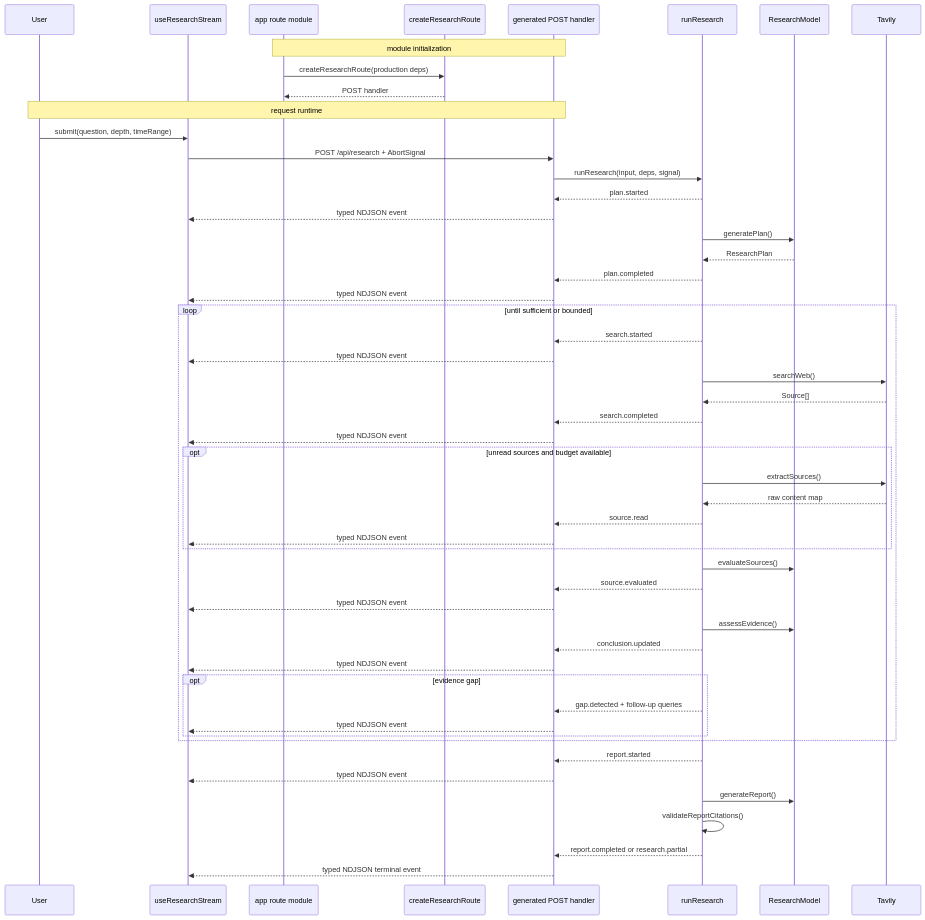
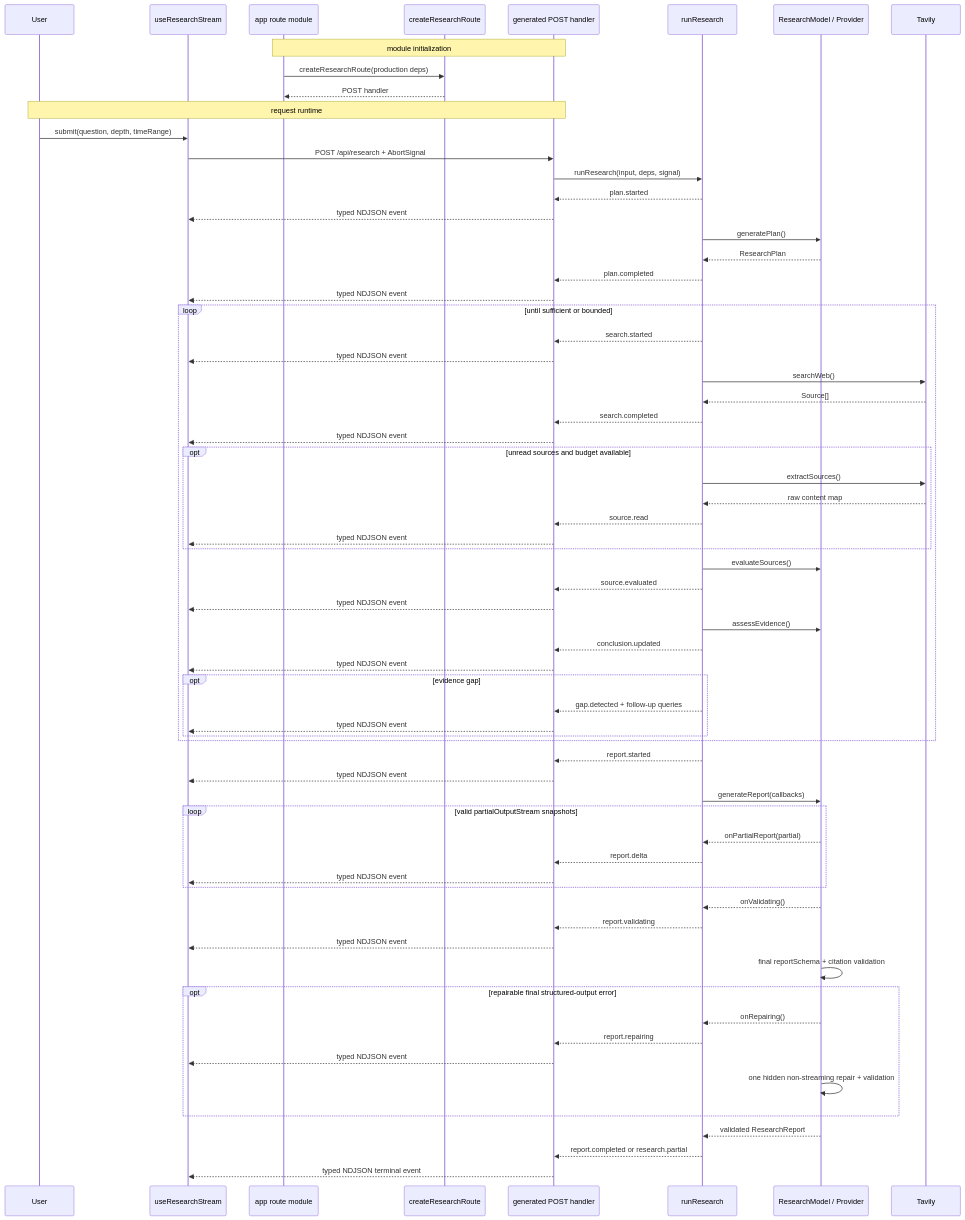
One commit to nightsu/research-agent-demo changed the second of 3 diagrams in docs/architecture.md. Above: the diagram before and after it, drawn with Mermaid. The commit also changed other lines of this file and 1 other file, not shown here.

Commit message:
docs: align live streaming evidence

````diff
--- a/docs/architecture.md
+++ b/docs/architecture.md
@@ -68,55 +68,70 @@
 ```mermaid
 sequenceDiagram
     participant U as User
     participant H as useResearchStream
     participant W as app route module
     participant F as createResearchRoute
     participant R as generated POST handler
     participant A as runResearch
-    participant M as ResearchModel
+    participant M as ResearchModel / Provider
     participant T as Tavily
 
     Note over W,R: module initialization
     W->>F: createResearchRoute(production deps)
     F-->>W: POST handler
     Note over U,R: request runtime
     U->>H: submit(question, depth, timeRange)
     H->>R: POST /api/research + AbortSignal
     R->>A: runResearch(input, deps, signal)
     A-->>R: plan.started
     R-->>H: typed NDJSON event
     A->>M: generatePlan()
     M-->>A: ResearchPlan
     A-->>R: plan.completed
     R-->>H: typed NDJSON event
     loop until sufficient or bounded
       A-->>R: search.started
       R-->>H: typed NDJSON event
       A->>T: searchWeb()
       T-->>A: Source[]
       A-->>R: search.completed
       R-->>H: typed NDJSON event
       opt unread sources and budget available
         A->>T: extractSources()
         T-->>A: raw content map
         A-->>R: source.read
         R-->>H: typed NDJSON event
       end
       A->>M: evaluateSources()
       A-->>R: source.evaluated
       R-->>H: typed NDJSON event
       A->>M: assessEvidence()
       A-->>R: conclusion.updated
       R-->>H: typed NDJSON event
       opt evidence gap
         A-->>R: gap.detected + follow-up queries
         R-->>H: typed NDJSON event
       end
     end
     A-->>R: report.started
     R-->>H: typed NDJSON event
-    A->>M: generateReport()
-    A->>A: validateReportCitations()
+    A->>M: generateReport(callbacks)
+    loop valid partialOutputStream snapshots
+      M-->>A: onPartialReport(partial)
+      A-->>R: report.delta
+      R-->>H: typed NDJSON event
+    end
+    M-->>A: onValidating()
+    A-->>R: report.validating
+    R-->>H: typed NDJSON event
+    M->>M: final reportSchema + citation validation
+    opt repairable final structured-output error
+      M-->>A: onRepairing()
+      A-->>R: report.repairing
+      R-->>H: typed NDJSON event
+      M->>M: one hidden non-streaming repair + validation
+    end
+    M-->>A: validated ResearchReport
     A-->>R: report.completed or research.partial
     R-->>H: typed NDJSON terminal event
 ```
````
